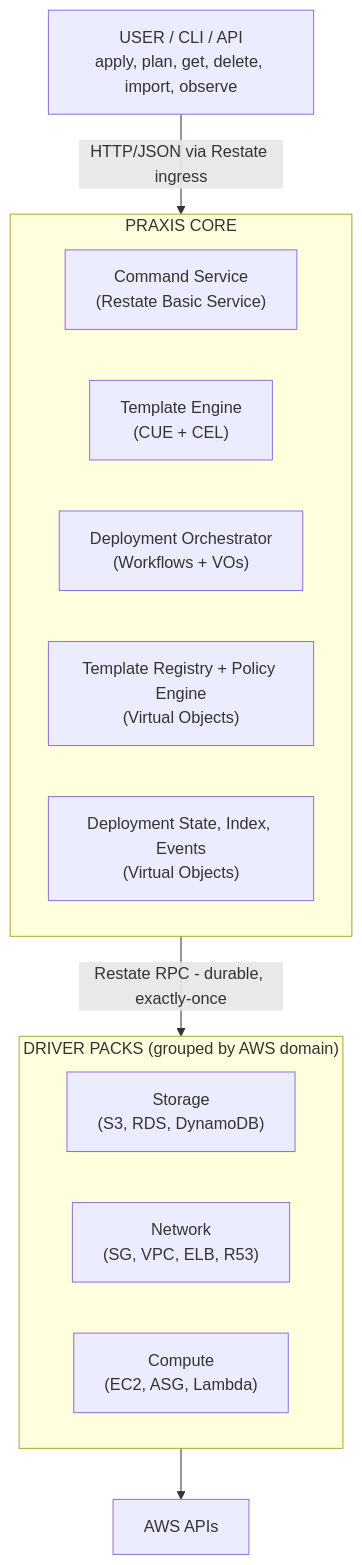
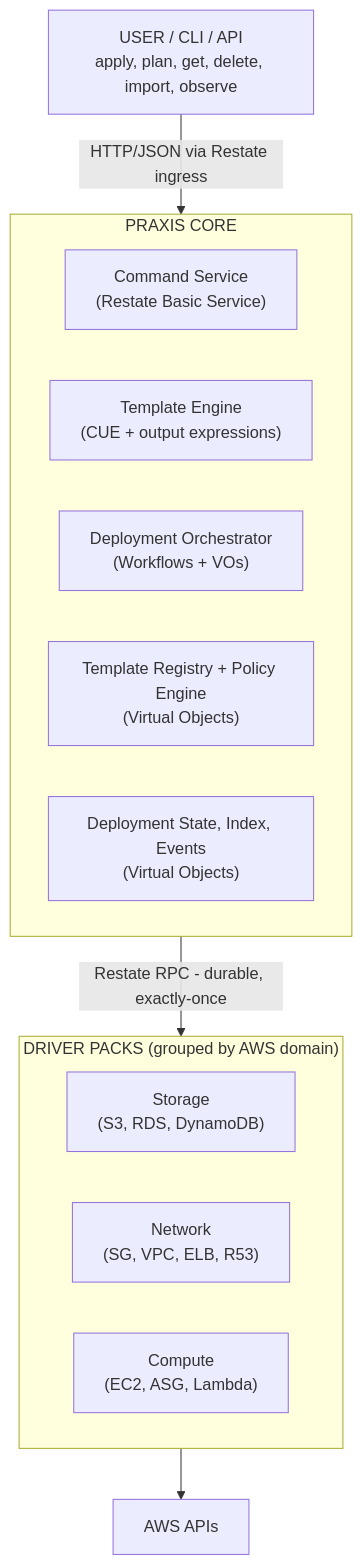
Before and after one commit to shirvan/praxis: the first of 5 diagrams in docs/ARCHITECTURE.md, drawn with Mermaid. The commit also changed other lines of this file and 33 other files, not shown here.

Commit message:
refactor: remove CEL, it was a good idea but alas, CUE is good enough on it's own

````diff
--- a/docs/ARCHITECTURE.md
+++ b/docs/ARCHITECTURE.md
@@ -17,24 +17,24 @@
 ```mermaid
 graph TD
     User["USER / CLI / API<br/>apply, plan, get, delete, import, observe"]
 
     User -->|"HTTP/JSON via Restate ingress"| Core
 
     subgraph Core["PRAXIS CORE"]
         CS["Command Service<br/>(Restate Basic Service)"]
-        TE["Template Engine<br/>(CUE + CEL)"]
+        TE["Template Engine<br/>(CUE + output expressions)"]
         DO["Deployment Orchestrator<br/>(Workflows + VOs)"]
         TR["Template Registry + Policy Engine<br/>(Virtual Objects)"]
         DS["Deployment State, Index, Events<br/>(Virtual Objects)"]
     end
 
     Core -->|"Restate RPC - durable, exactly-once"| Drivers
 
     subgraph Drivers["DRIVER PACKS (grouped by AWS domain)"]
         Storage["Storage<br/>(S3, RDS, DynamoDB)"]
         Network["Network<br/>(SG, VPC, ELB, R53)"]
         Compute["Compute<br/>(EC2, ASG, Lambda)"]
     end
 
     Drivers --> AWS["AWS APIs"]
 ```
````
